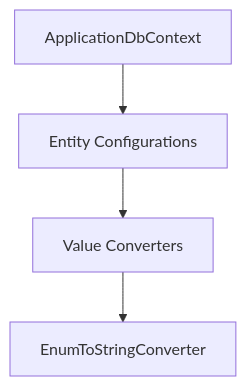
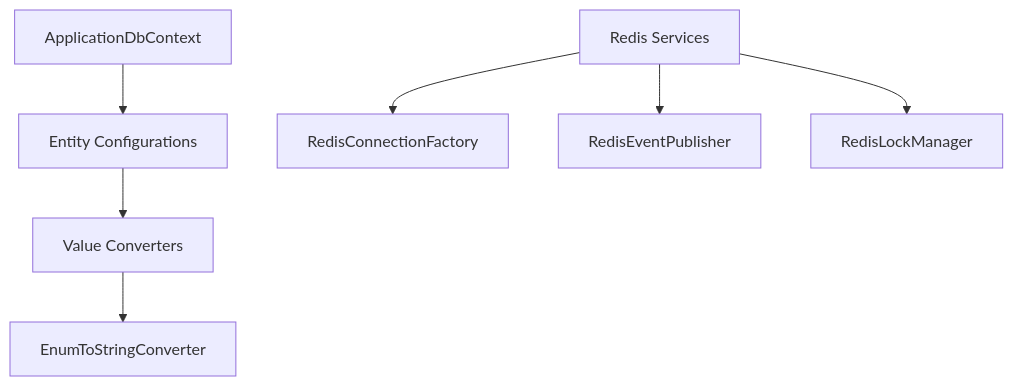
Before and after one commit to hackathon-nstech/database-nsdocs-consumption-module: the third of 6 diagrams in memory-bank/systemPatterns.md, drawn with Mermaid. The commit also changed other lines of this file and 63 other files, not shown here.

````diff
--- a/memory-bank/systemPatterns.md
+++ b/memory-bank/systemPatterns.md
@@ -38,6 +46,9 @@
 ```mermaid
 graph TD
     A[ApplicationDbContext] --> B[Entity Configurations]
     B --> C[Value Converters]
     C --> D[EnumToStringConverter]
+    E[Redis Services] --> F[RedisConnectionFactory]
+    E --> G[RedisEventPublisher]
+    E --> H[RedisLockManager]
 ```
````
